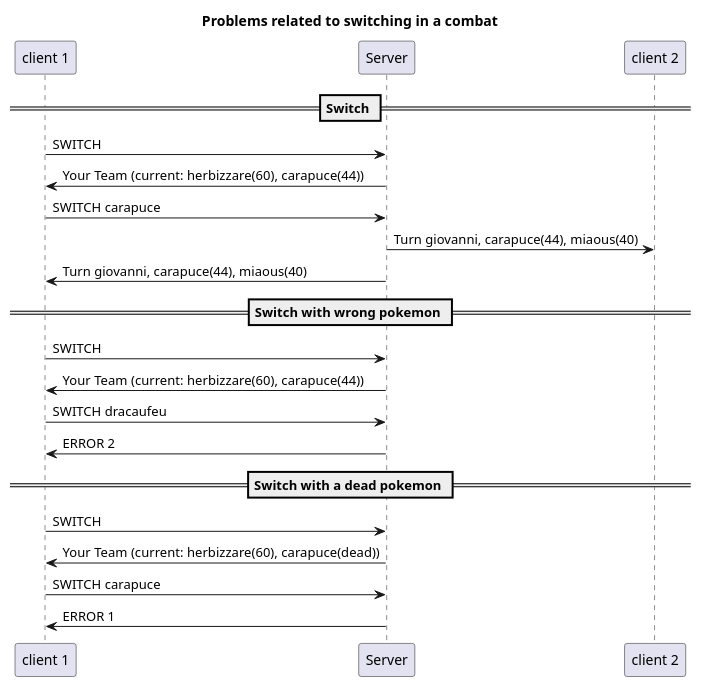
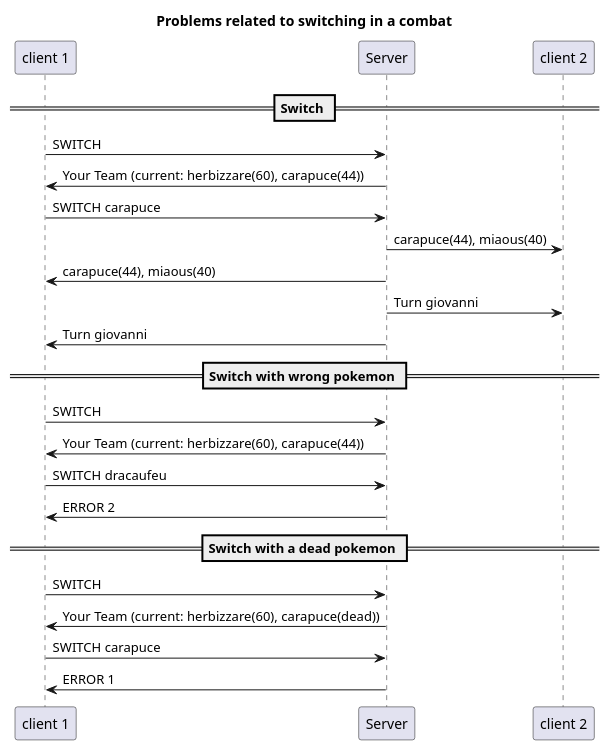
The diagram in PocketMonster/Protocole/SwitchCombatProblem.plantuml (Dansnts/DAI-Labo02), drawn with PlantUML before and after one commit. The commit also changed 6 other files, not shown here.

```diff
--- a/PocketMonster/Protocole/SwitchCombatProblem.plantuml
+++ b/PocketMonster/Protocole/SwitchCombatProblem.plantuml
@@ -1,28 +1,30 @@
 @startuml switchCombatProblem
 title "Problems related to switching in a combat"
 participant "client 1" as c1
 participant "Server" as s
 participant "client 2" as giovanni
 == Switch ==
 c1->s: SWITCH
 s->c1: Your Team (current: herbizzare(60), carapuce(44))
 c1->s: SWITCH carapuce
-s->giovanni: Turn giovanni, carapuce(44), miaous(40)
-s->c1: Turn giovanni, carapuce(44), miaous(40)
+s->giovanni:carapuce(44), miaous(40)
+s->c1:carapuce(44), miaous(40)
+s->giovanni: Turn giovanni
+s->c1: Turn giovanni
 
 == Switch with wrong pokemon ==
 c1->s: SWITCH
 s->c1: Your Team (current: herbizzare(60), carapuce(44))
 c1->s: SWITCH dracaufeu
 s->c1: ERROR 2
 
 == Switch with a dead pokemon ==
 c1->s: SWITCH
 s->c1: Your Team (current: herbizzare(60), carapuce(dead))
 c1->s: SWITCH carapuce
 s->c1: ERROR 1
 
 
 
 
 @enduml
```
